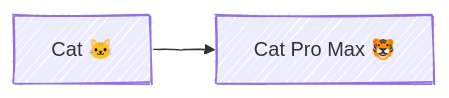
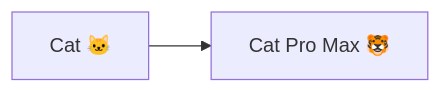
One commit to leungsekyu/leungsekyu-blog changed the diagram in src/content/blog/astro-mdx.mdx. Above: the diagram before and after it, drawn with Mermaid. The commit also changed 2 other files, not shown here.

Commit message:
在 astro.config.ts 中设置 Mermaid 手绘风格

````diff
--- a/src/content/blog/astro-mdx.mdx
+++ b/src/content/blog/astro-mdx.mdx
@@ -36,5 +36,4 @@
 ```mermaid
-%%{init: {'look': 'handDrawn'}}%%
 graph LR
-    A[Cat 🐱] --> B[Cat Pro Max 🐯]
+  A[Cat 🐱] --> B[Cat Pro Max 🐯]
 ```
````
